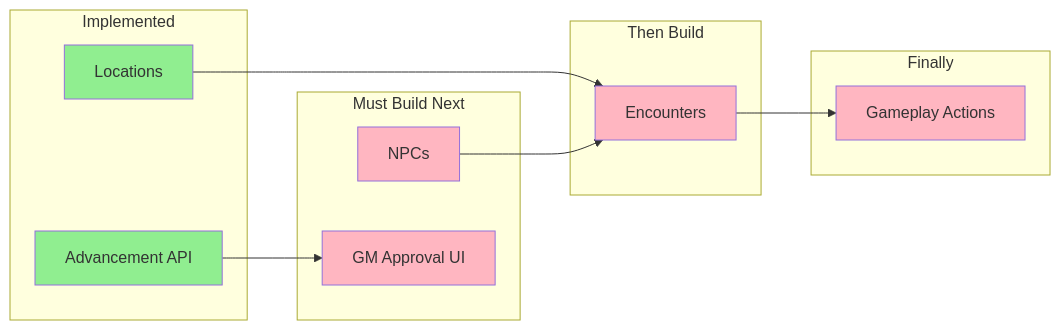
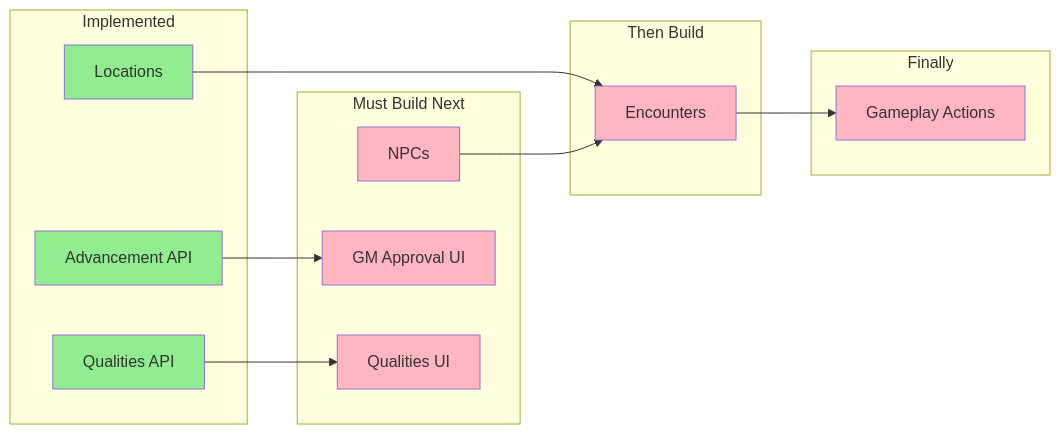
One commit to Jasrags/ShadowMaster changed the eighth of 8 diagrams in docs/specifications/README.md. Above: the diagram before and after it, drawn with Mermaid. The commit also changed other lines of this file and 2 other files, not shown here.

````diff
--- a/docs/specifications/README.md
+++ b/docs/specifications/README.md
@@ -317,32 +326,37 @@
 ```mermaid
 flowchart LR
     subgraph Implemented
         L[Locations]
         ADV_API[Advancement API]
+        QS_API[Qualities API]
     end
 
     subgraph "Must Build Next"
         N[NPCs]
         GM_UI[GM Approval UI]
+        QS_UI[Qualities UI]
     end
 
     subgraph "Then Build"
         E[Encounters]
     end
 
     subgraph "Finally"
         GA2[Gameplay Actions]
     end
 
     L --> E
     N --> E
     E --> GA2
     ADV_API --> GM_UI
+    QS_API --> QS_UI
 
     style L fill:#90EE90
     style ADV_API fill:#90EE90
+    style QS_API fill:#90EE90
     style N fill:#FFB6C1
     style GM_UI fill:#FFB6C1
+    style QS_UI fill:#FFB6C1
     style E fill:#FFB6C1
     style GA2 fill:#FFB6C1
 ```
````
